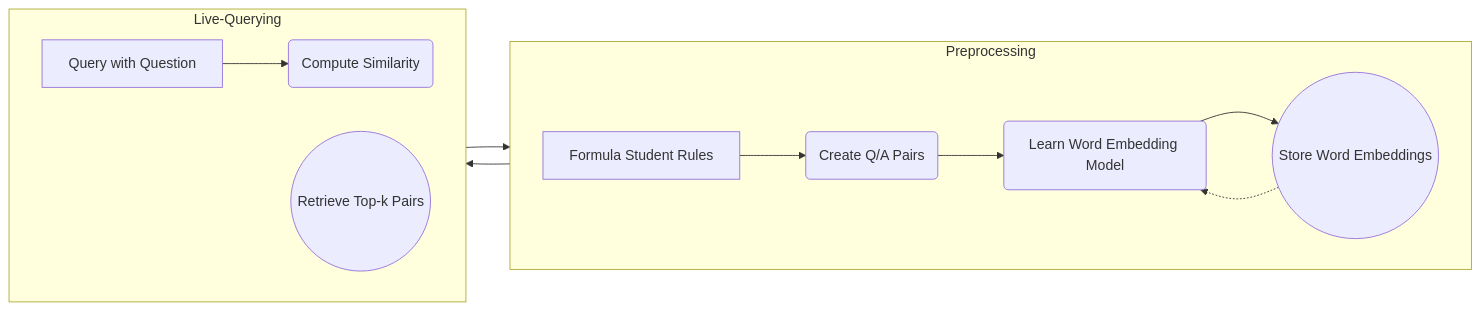
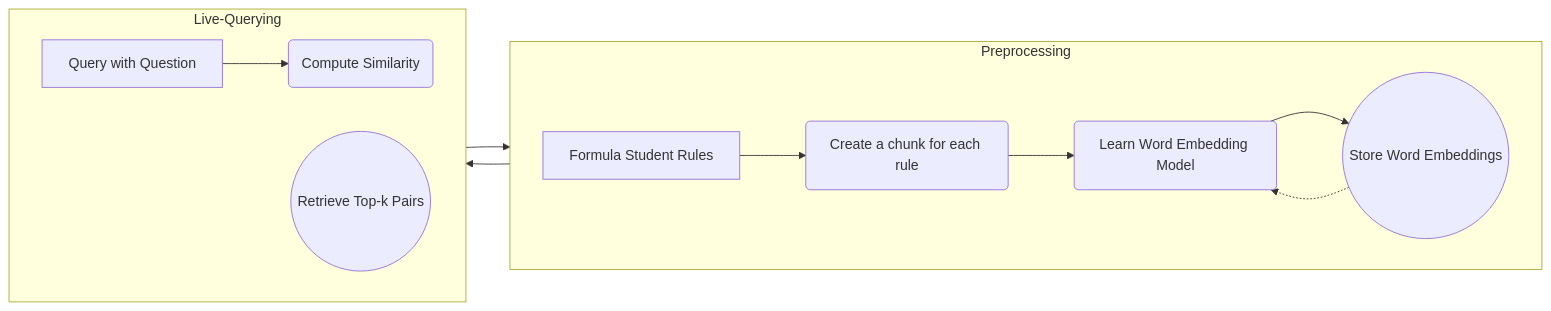
Before and after one commit to Juphex/LLM_RAG: the first of 3 diagrams in README.md, drawn with Mermaid. The commit also changed other lines of this file and 3 other files, not shown here.

````diff
--- a/README.md
+++ b/README.md
@@ -29,19 +37,19 @@
 ```mermaid
 graph LR
     subgraph "Preprocessing"
         direction LR
-        A[Formula Student Rules] --> B(Create Q/A Pairs)
+        A[Formula Student Rules] --> B(Create a chunk for each rule)
         B --> C(Learn Word Embedding Model)
         C --> D((Store Word Embeddings))
     end
 
     subgraph "Live-Querying"
         direction LR
         E[Query with Question] --> F(Compute Similarity)
         F --> D
         D --> G((Retrieve Top-k Pairs))
     end
     
     D -.-> C
     
 ```
````
